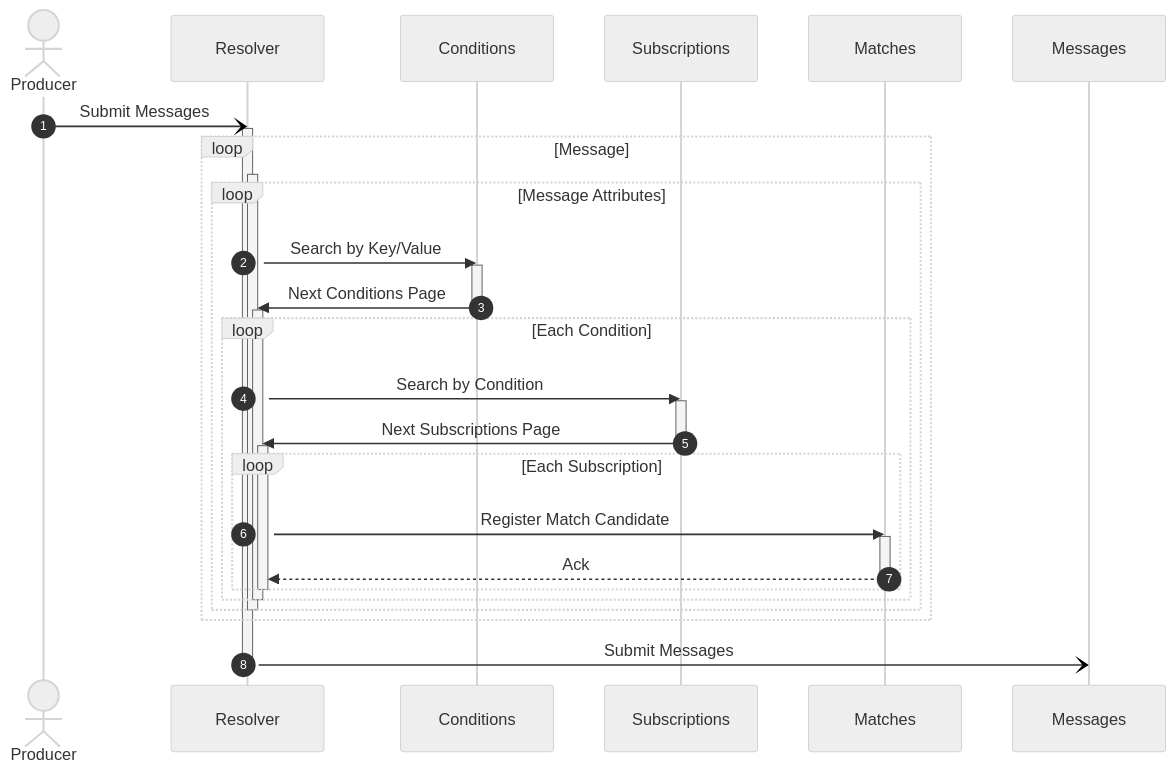
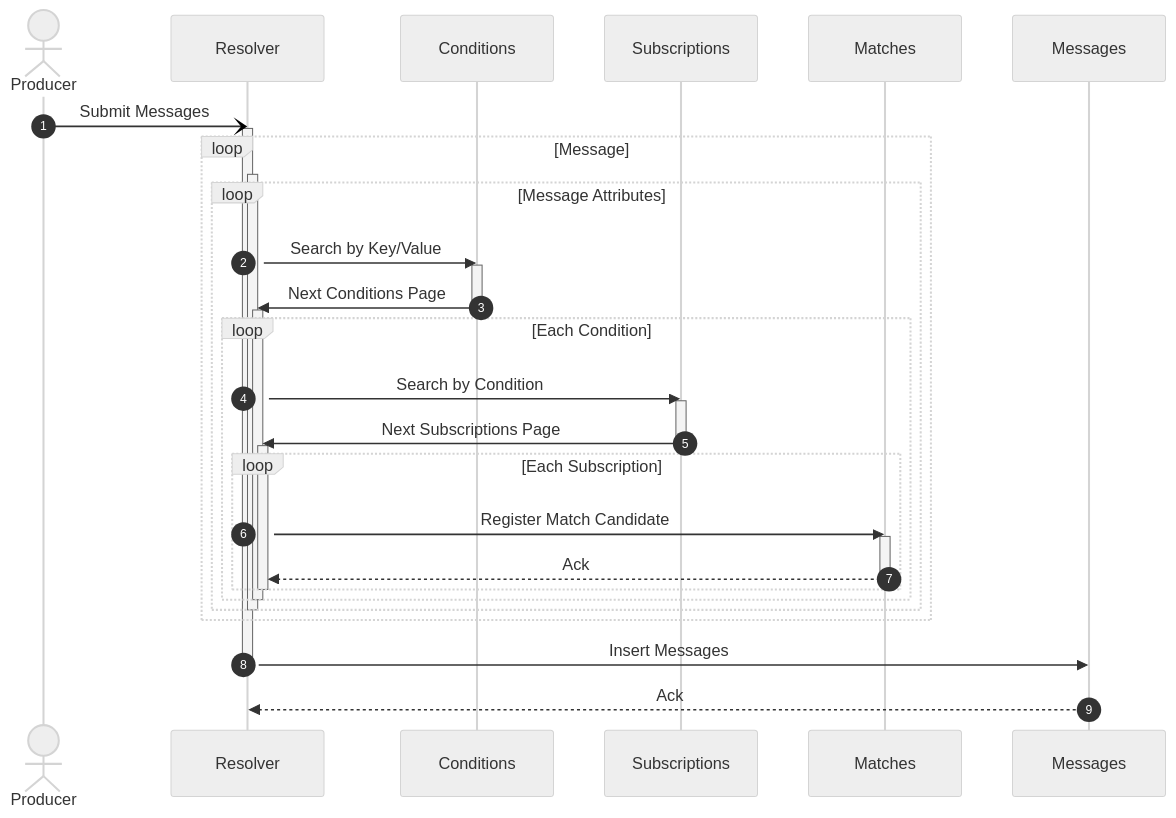
One commit to awakari/.github changed the first of 3 diagrams in profile/README.md. Above: the diagram before and after it, drawn with Mermaid. The commit also changed other lines of this file, not shown here.

````diff
--- a/profile/README.md
+++ b/profile/README.md
@@ -121,52 +121,53 @@
 ```mermaid
 %%{init: {'theme': 'neutral' } }%%
 sequenceDiagram
 
     autonumber
 
     actor Producer
     participant Resolver
     participant Conditions
     participant Subscriptions
     participant Matches
     participant Messages
 
     Producer-)Resolver: Submit Messages
     activate Resolver
     
     loop Message
     
         activate Resolver
         loop Message Attributes
         
             Resolver->>Conditions: Search by Key/Value
             activate Conditions
             Conditions->>Resolver: Next Conditions Page
             deactivate Conditions
             
             activate Resolver
             loop Each Condition
                 
                 Resolver->>Subscriptions: Search by Condition
                 activate Subscriptions
                 Subscriptions->>Resolver: Next Subscriptions Page
                 deactivate Subscriptions
                 
                 activate Resolver
                 loop Each Subscription
                     Resolver->>Matches: Register Match Candidate
                     activate Matches
                     Matches-->>Resolver: Ack
                     deactivate Matches
                 end
                 deactivate Resolver
                 
             end
             deactivate Resolver
         end
         deactivate Resolver
     end
         
-    Resolver-)Messages: Submit Messages
+    Resolver->>Messages: Insert Messages
     deactivate Resolver
+    Messages-->>Resolver: Ack
 ```
````
